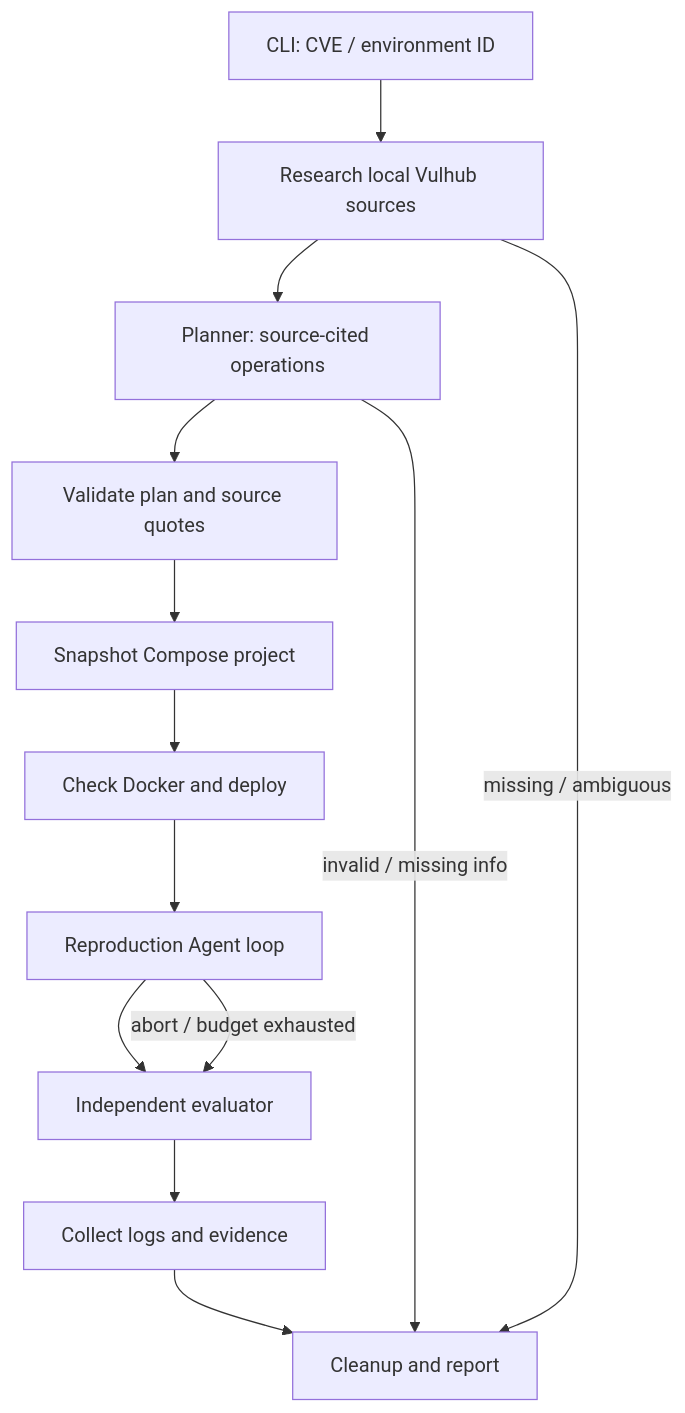
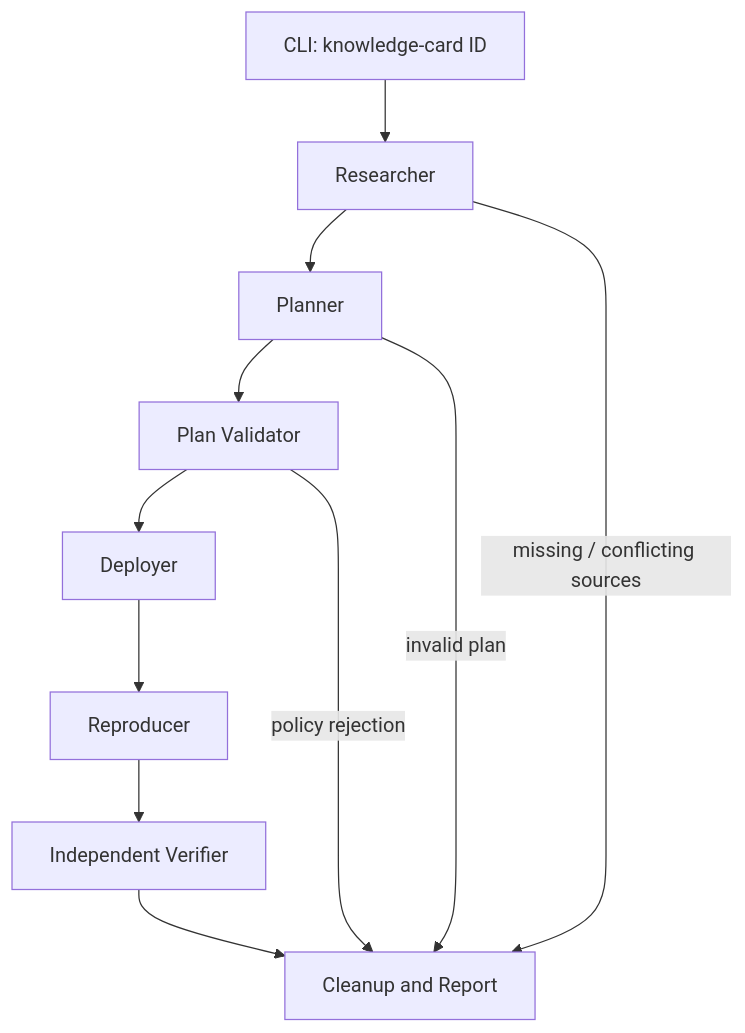
One commit to yyi614047-boop/VulnForge changed the diagram in docs/architecture.md. Above: the diagram before and after it, drawn with Mermaid. The commit also changed other lines of this file and 29 other files, not shown here.

````diff
--- a/docs/architecture.md
+++ b/docs/architecture.md
@@ -13,15 +7,13 @@
 ```mermaid
 flowchart TD
-    A[CLI: CVE / environment ID] --> B[Research local Vulhub sources]
-    B --> C[Planner: source-cited operations]
-    C --> D[Validate plan and source quotes]
-    D --> E[Snapshot Compose project]
-    E --> F[Check Docker and deploy]
-    F --> G[Reproduction Agent loop]
-    G --> H[Independent evaluator]
-    H --> I[Collect logs and evidence]
-    I --> J[Cleanup and report]
-    G -->|abort / budget exhausted| H
-    B -->|missing / ambiguous| J
-    C -->|invalid / missing info| J
+    A[CLI: knowledge-card ID] --> B[Researcher]
+    B --> C[Planner]
+    C --> D[Plan Validator]
+    D --> E[Deployer]
+    E --> F[Reproducer]
+    F --> G[Independent Verifier]
+    G --> H[Cleanup and Report]
+    B -->|missing / conflicting sources| H
+    C -->|invalid plan| H
+    D -->|policy rejection| H
 ```
````
